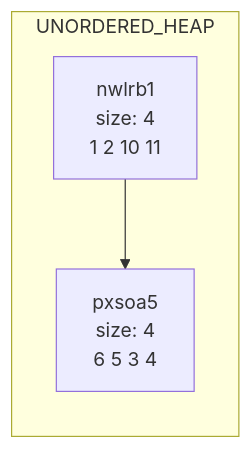
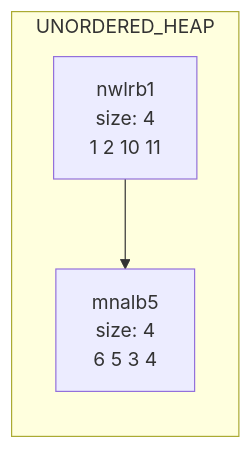
Before and after one commit to princevarshney05/BPTree: the second of 2 diagrams in data/chart.md, drawn with Mermaid. The commit also changed other lines of this file and 4 other files, not shown here.

````diff
--- a/data/chart.md
+++ b/data/chart.md
@@ -19,8 +19,8 @@
 ```mermaid
 graph LR
 subgraph UNORDERED_HEAP
 nwlrb1[nwlrb1<br/>size: 4<br/>1 2 10 11 ]
-pxsoa5[pxsoa5<br/>size: 4<br/>6 5 3 4 ]
-nwlrb1-->pxsoa5
+mnalb5[mnalb5<br/>size: 4<br/>6 5 3 4 ]
+nwlrb1-->mnalb5
 end
 ```
````
